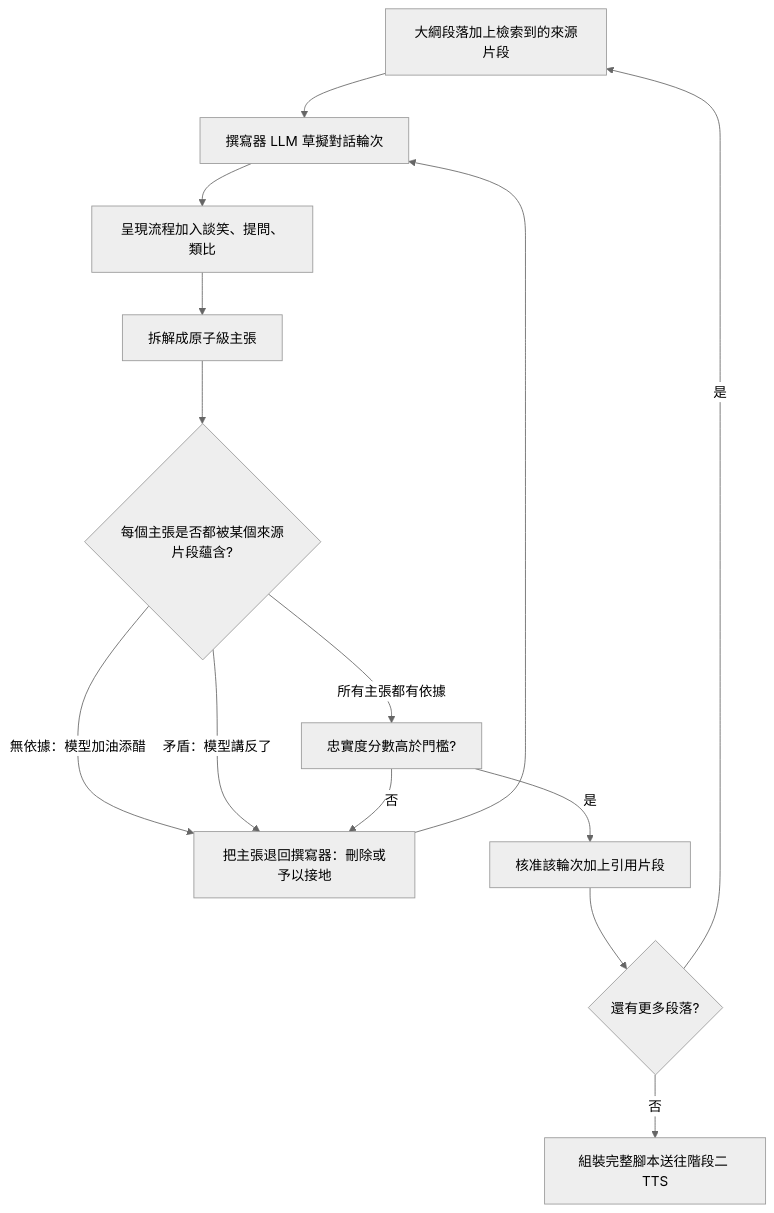
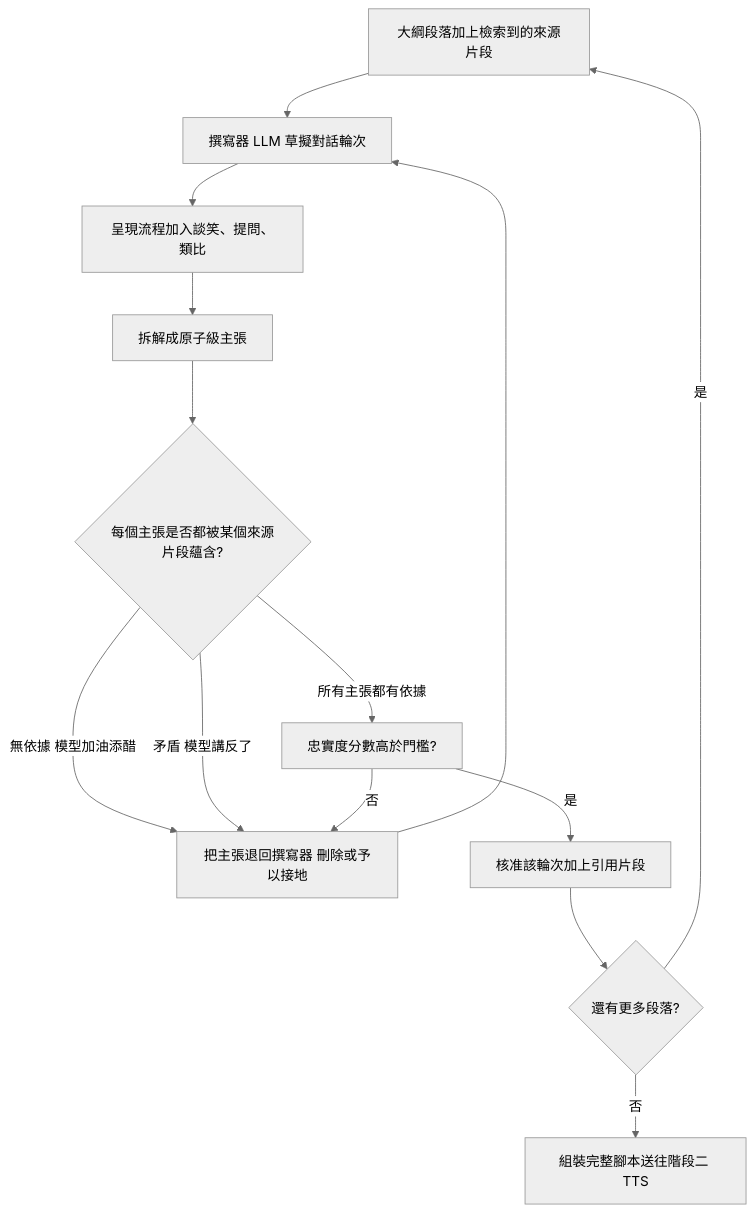
Before and after one commit to jack51706/ai-system-design-guide: the second of 3 diagrams in i18n/zh-Hant/docusaurus-plugin-content-docs/current/16-case-studies/52-doc-to-podcast-audio-generation.md, drawn with Mermaid (neutral theme). The commit also changed other lines of this file and 35 other files, not shown here.

````diff
--- a/i18n/zh-Hant/docusaurus-plugin-content-docs/current/16-case-studies/52-doc-to-podcast-audio-generation.md
+++ b/i18n/zh-Hant/docusaurus-plugin-content-docs/current/16-case-studies/52-doc-to-podcast-audio-generation.md
@@ -119,16 +176,16 @@
 ```mermaid
 flowchart TD
     A[大綱段落加上檢索到的來源片段] --> B[撰寫器 LLM 草擬對話輪次]
     B --> C[呈現流程加入談笑、提問、類比]
     C --> D[拆解成原子級主張]
     D --> E{每個主張是否都被某個來源片段蘊含?}
-    E -->|無依據：模型加油添醋| F[把主張退回撰寫器：刪除或予以接地]
-    E -->|矛盾：模型講反了| F
+    E -->|無依據 模型加油添醋| F[把主張退回撰寫器 刪除或予以接地]
+    E -->|矛盾 模型講反了| F
     F --> B
     E -->|所有主張都有依據| G[忠實度分數高於門檻?]
     G -->|否| F
     G -->|是| H[核准該輪次加上引用片段]
     H --> I{還有更多段落?}
     I -->|是| A
     I -->|否| J[組裝完整腳本送往階段二 TTS]
 ```
````
